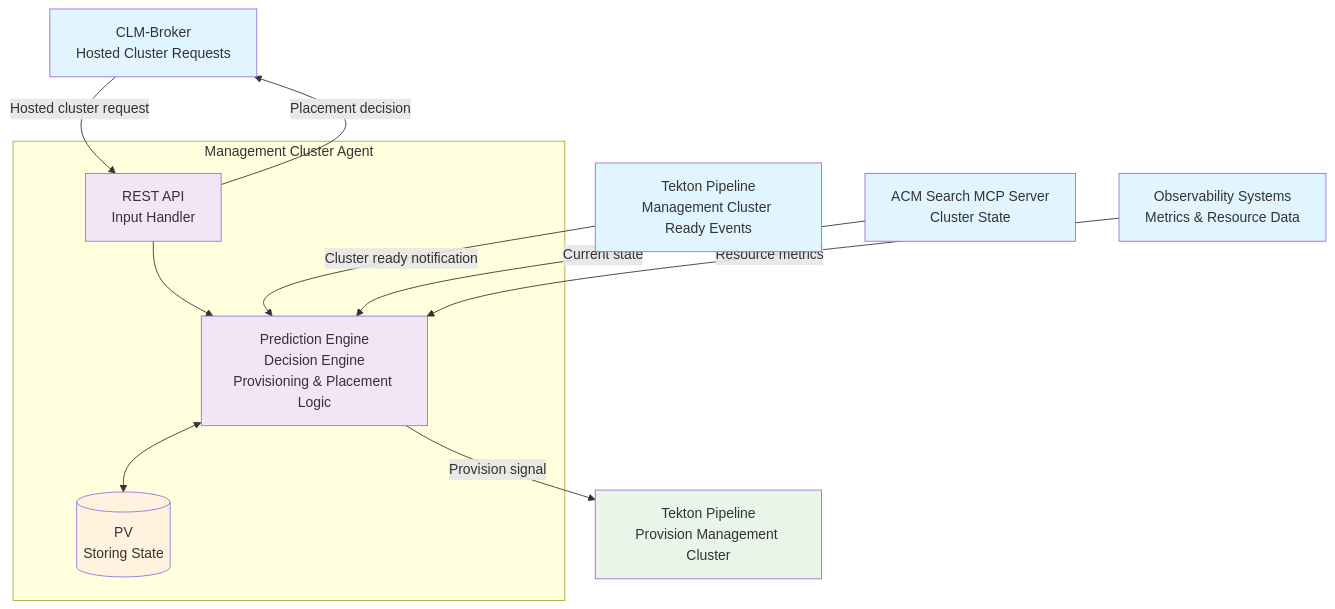
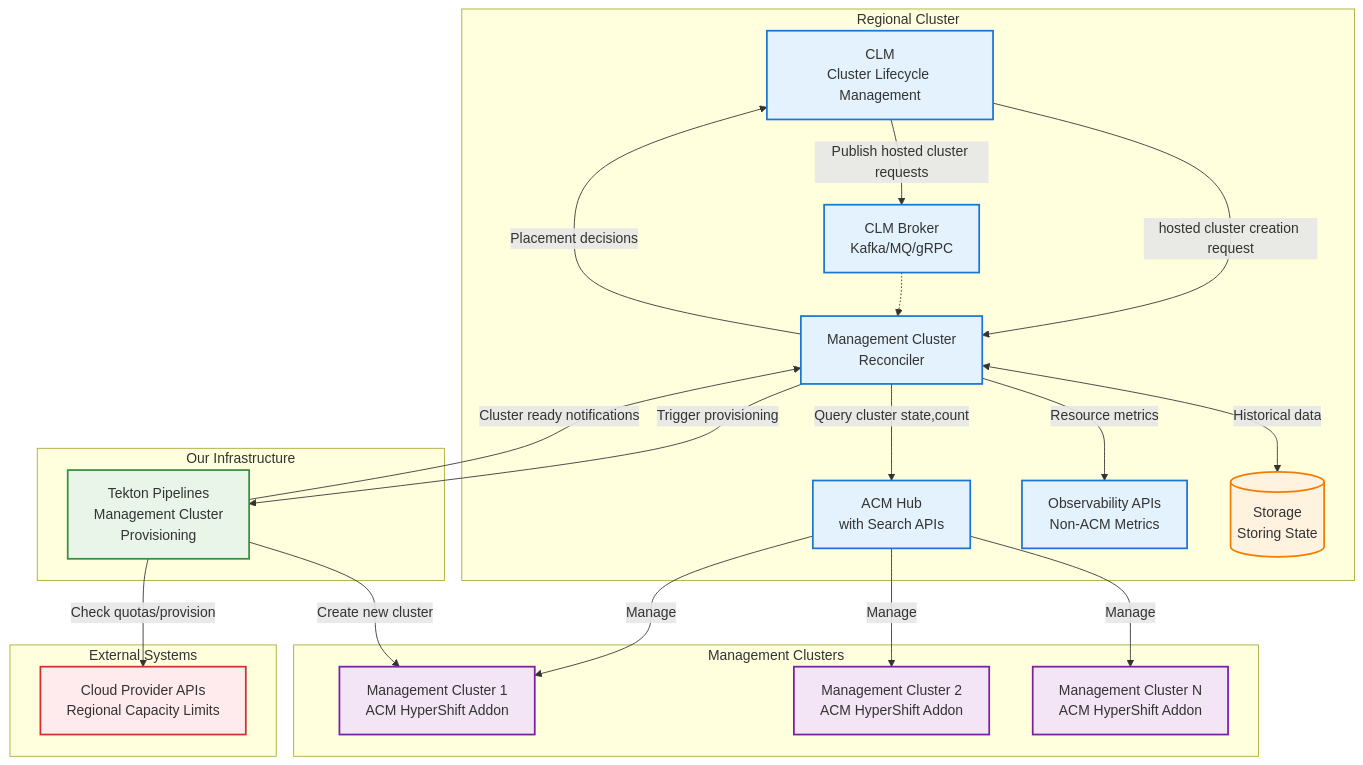
The diagram in hyperfleet/components/management-cluster-reconciler.md (bjoydeep/architecture), drawn with Mermaid before and after one commit. The commit also changed other lines of this file, not shown here.

````diff
--- a/hyperfleet/components/management-cluster-reconciler.md
+++ b/hyperfleet/components/management-cluster-reconciler.md
@@ -255,43 +160,56 @@
 ```mermaid
 graph TB
-    %% External Systems - Inputs
-    CLM[CLM-Broker<br/>Hosted Cluster Requests]
-    TEK_IN[Tekton Pipeline<br/>Management Cluster Ready Events]
-    ACM[ACM Search MCP Server<br/>Cluster State]
-    OBS[Observability Systems<br/>Metrics & Resource Data]
-
-    %% Core Agent System
-    subgraph "Management Cluster Agent"
-        API[REST API<br/>Input Handler]
-        PRED[Prediction Engine<br/>Decision Engine<br/>Provisioning & Placement Logic]
-        STATE[(PV<br/>Storing State)]
+    subgraph "Regional Cluster"
+        ACM_HUB[ACM Hub<br/>with Search APIs]
+        CLM[CLM<br/>Cluster Lifecycle Management]
+        CLM_BROKER[CLM Broker<br/>Kafka/MQ/gRPC]
+        RECONCILER[Management Cluster<br/>Reconciler]
+        OBS[Observability APIs<br/>Non-ACM Metrics]
+        PV[(Storage<br/>Storing State)]
     end
 
-    %% External Systems - Outputs
-    TEK_OUT[Tekton Pipeline<br/>Provision Management Cluster]
+    subgraph "Management Clusters"
+        MC1[Management Cluster 1<br/>ACM HyperShift Addon]
+        MC2[Management Cluster 2<br/>ACM HyperShift Addon]
+        MC3[Management Cluster N<br/>ACM HyperShift Addon]
+    end
 
-    %% Data Flow - Inputs
-    CLM -->|Hosted cluster request| API
-    TEK_IN -->|Cluster ready notification| PRED
-    ACM -->|Current state| PRED
-    OBS -->|Resource metrics| PRED
+    subgraph "Our Infrastructure"
+        TEKTON[Tekton Pipelines<br/>Management Cluster<br/>Provisioning]
+    end
 
-    %% Internal Flow
-    API --> PRED
-    PRED <--> STATE
+    subgraph "External Systems"
+        CLOUD[Cloud Provider APIs<br/>Regional Capacity Limits]
+    end
 
-    %% Data Flow - Outputs
-    PRED -->|Provision signal| TEK_OUT
-    API -->|Placement decision| CLM
+    %% Data Flow - Regional Cluster Internal
+    CLM -->|Publish hosted cluster requests| CLM_BROKER
+    CLM -->|hosted cluster creation request| RECONCILER
+    RECONCILER -->|Placement decisions| CLM
+    RECONCILER <-->|Historical data| PV
+    CLM_BROKER -.-> RECONCILER
+    RECONCILER -->|Query cluster state,count| ACM_HUB
+    RECONCILER -->|Resource metrics| OBS
+    ACM_HUB -->|Manage| MC1
+    ACM_HUB -->|Manage| MC2
+    ACM_HUB -->|Manage| MC3
+
+    %% External Integration
+    RECONCILER -->|Trigger provisioning| TEKTON
+    TEKTON -->|Cluster ready notifications| RECONCILER
+    TEKTON -->|Create new cluster| MC1
+    TEKTON -->|Check quotas/provision| CLOUD
 
     %% Styling
-    classDef input fill:#e1f5fe
-    classDef agent fill:#f3e5f5
-    classDef output fill:#e8f5e8
-    classDef storage fill:#fff3e0
+    classDef regionalCluster fill:#e3f2fd,stroke:#1976d2,stroke-width:2px
+    classDef managementCluster fill:#f3e5f5,stroke:#7b1fa2,stroke-width:2px
+    classDef ourInfra fill:#e8f5e8,stroke:#388e3c,stroke-width:2px
+    classDef external fill:#ffebee,stroke:#d32f2f,stroke-width:2px
+    classDef storage fill:#fff3e0,stroke:#f57c00,stroke-width:2px
 
-    class CLM,TEK_IN,ACM,OBS input
-    class API,PRED agent
-    class TEK_OUT output
-    class STATE storage
+    class ACM_HUB,CLM,CLM_BROKER,RECONCILER,OBS regionalCluster
+    class MC1,MC2,MC3 managementCluster
+    class TEKTON ourInfra
+    class CLOUD external
+    class PV storage
 ```
````
